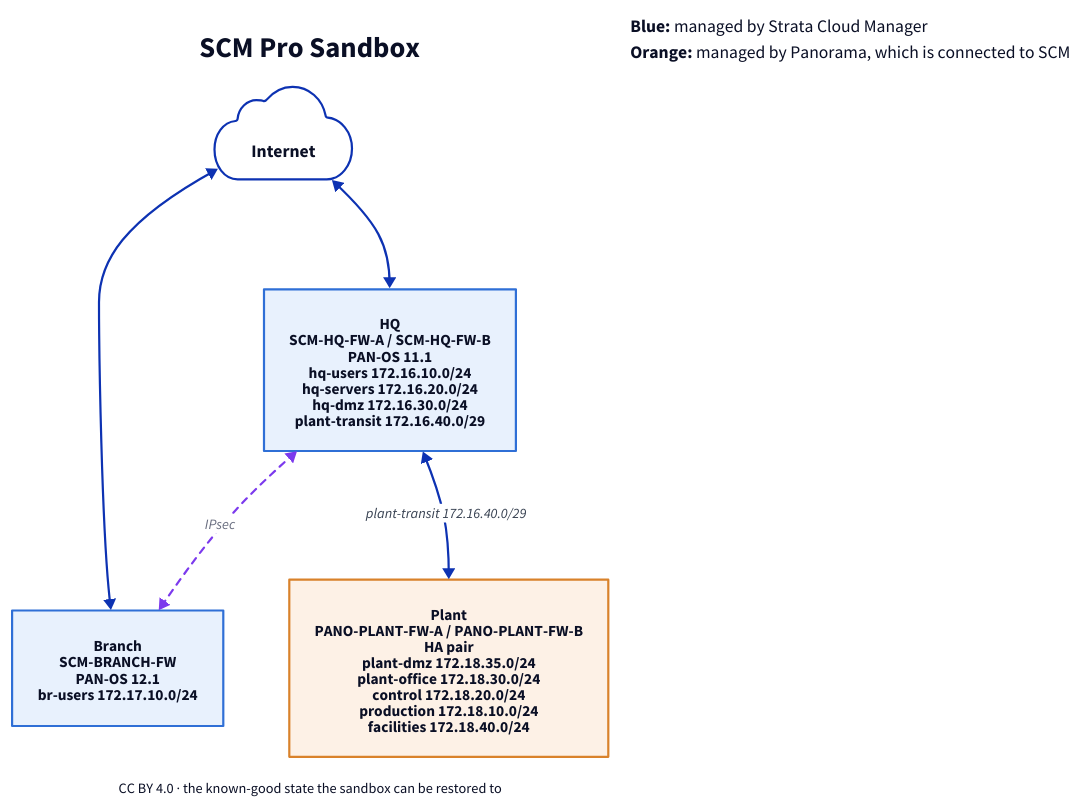
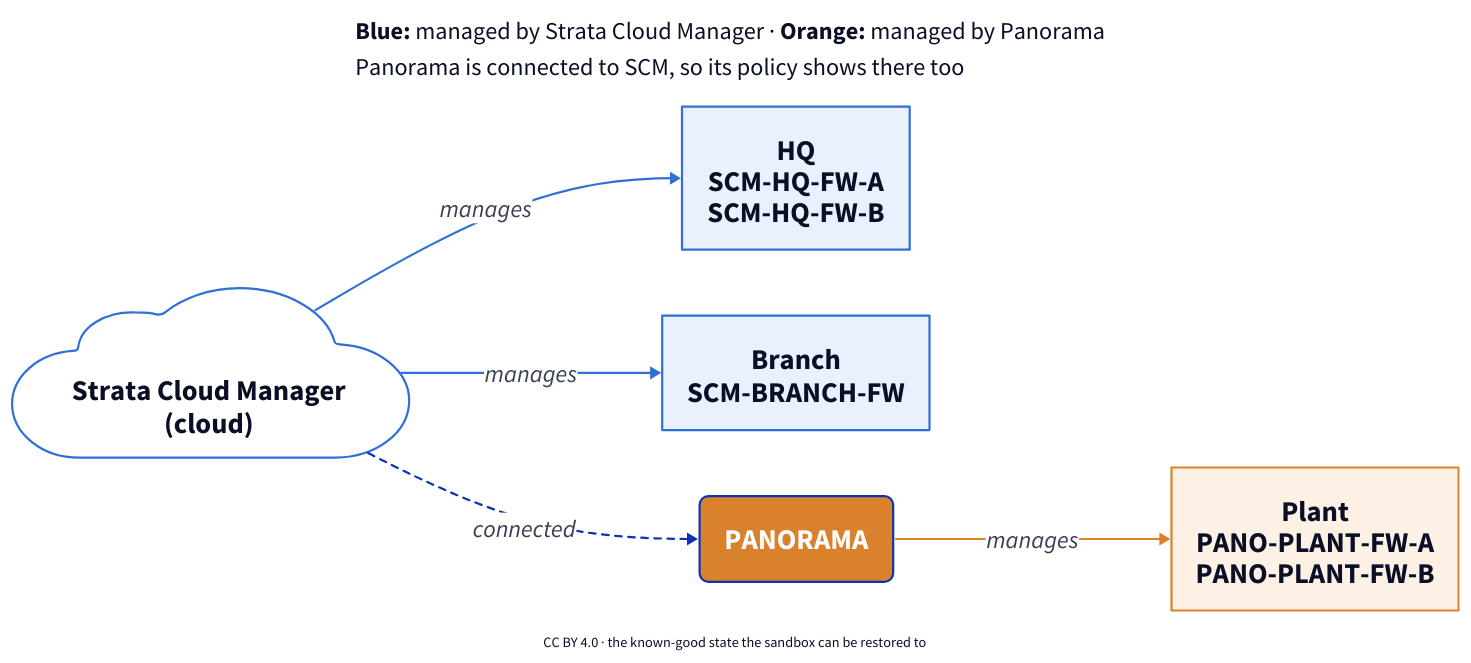
The diagram in drawings/overview.d2 (gegrsyn/SCMPro-Sandbox), drawn with D2 before and after one commit. The commit also changed 2 other files, not shown here.

Commit message:
Overview drawing shows only what manages what; current handout v1.4.1
Claude-Session: https://claude.ai/code/session_01UsGPJFTnPzhoybyFtgPydu

```diff
--- a/drawings/overview.d2
+++ b/drawings/overview.d2
@@ -1,27 +1,30 @@
-direction: down
+direction: right
 classes: {
   fw-scm: {style: {fill: "#2f6fd6"; font-color: "#ffffff"; font-size: 17; bold: true; border-radius: 8}}
   fw-pano: {style: {fill: "#d9822b"; font-color: "#ffffff"; font-size: 17; bold: true; border-radius: 8}}
   zone-scm: {style: {fill: "#eef4fd"; stroke: "#2f6fd6"; border-radius: 6; font-size: 15}}
   zone-pano: {style: {fill: "#fef6ee"; stroke: "#d9822b"; border-radius: 6; font-size: 15}}
   host: {style: {fill: "#ffffff"; stroke: "#6b7280"; font-size: 13; border-radius: 4}}
   site-scm: {style: {fill: "#e8f1fd"; stroke: "#2f6fd6"; font-size: 14}}
   site-pano: {style: {fill: "#fdf1e6"; stroke: "#d9822b"; font-size: 14}}
   link: {style: {font-size: 13; font-color: "#374151"}}
   vpn: {style: {stroke: "#7c3aed"; stroke-dash: 3; font-size: 13}}
 }
-title: "SCM Pro Sandbox" {near: top-center; shape: text; style: {font-size: 26; bold: true}}
 
-internet: "Internet" {shape: cloud; style.font-size: 16}
+
+*.style.font-size: 26
+(* -> *)[*].style.font-size: 22
 key: |md
-  **Blue:** managed by Strata Cloud Manager  
-  **Orange:** managed by Panorama, which is connected to SCM
-| {near: top-right}
-hq: "HQ\nSCM-HQ-FW-A / SCM-HQ-FW-B\nPAN-OS 11.1\nhq-users 172.16.10.0/24\nhq-servers 172.16.20.0/24\nhq-dmz 172.16.30.0/24\nplant-transit 172.16.40.0/29" {class: site-scm}
-internet <-> hq
-hq <-> branch: "IPsec" {class: vpn}
-branch: "Branch\nSCM-BRANCH-FW\nPAN-OS 12.1\nbr-users 172.17.10.0/24" {class: site-scm}
-internet <-> branch
-plant: "Plant\nPANO-PLANT-FW-A / PANO-PLANT-FW-B\nHA pair\nplant-dmz 172.18.35.0/24\nplant-office 172.18.30.0/24\ncontrol 172.18.20.0/24\nproduction 172.18.10.0/24\nfacilities 172.18.40.0/24" {class: site-pano}
-hq <-> plant: "plant-transit 172.16.40.0/29" {class: link}
+  **Blue:** managed by Strata Cloud Manager · **Orange:** managed by Panorama  
+  Panorama is connected to SCM, so its policy shows there too
+| {near: top-center; style.font-size: 22}
+scm: "Strata Cloud Manager\n(cloud)" {shape: cloud; style: {fill: "#ffffff"; stroke: "#2f6fd6"; font-size: 26; bold: true}}
+hq: "HQ\nSCM-HQ-FW-A\nSCM-HQ-FW-B" {class: site-scm}
+scm -> hq: manages {class: link; style.stroke: "#2f6fd6"}
+branch: "Branch\nSCM-BRANCH-FW" {class: site-scm}
+scm -> branch: manages {class: link; style.stroke: "#2f6fd6"}
+panorama: PANORAMA {class: fw-pano}
+scm -> panorama: connected {class: link; style.stroke-dash: 3}
+plant: "Plant\nPANO-PLANT-FW-A\nPANO-PLANT-FW-B" {class: site-pano}
+panorama -> plant: manages {class: link; style.stroke: "#d9822b"}
 foot: "CC BY 4.0 · the known-good state the sandbox can be restored to" {shape: text; near: bottom-center; style.font-size: 13}
```
